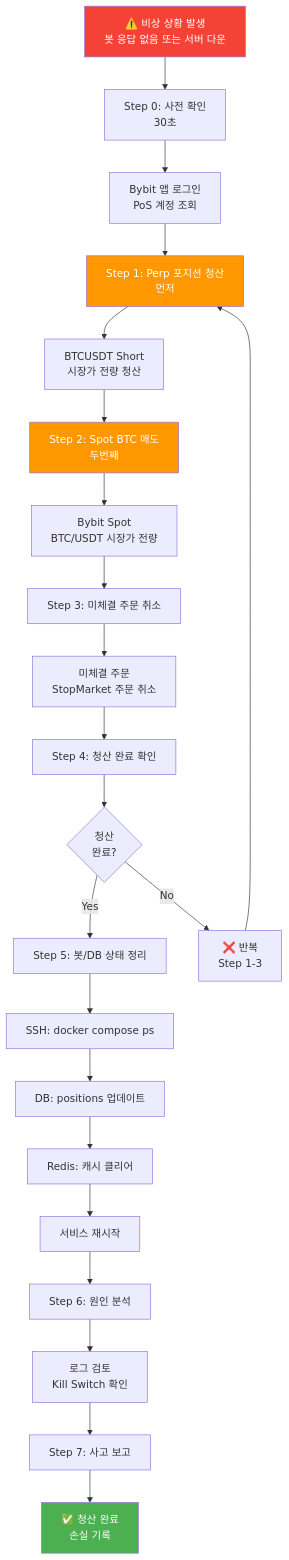
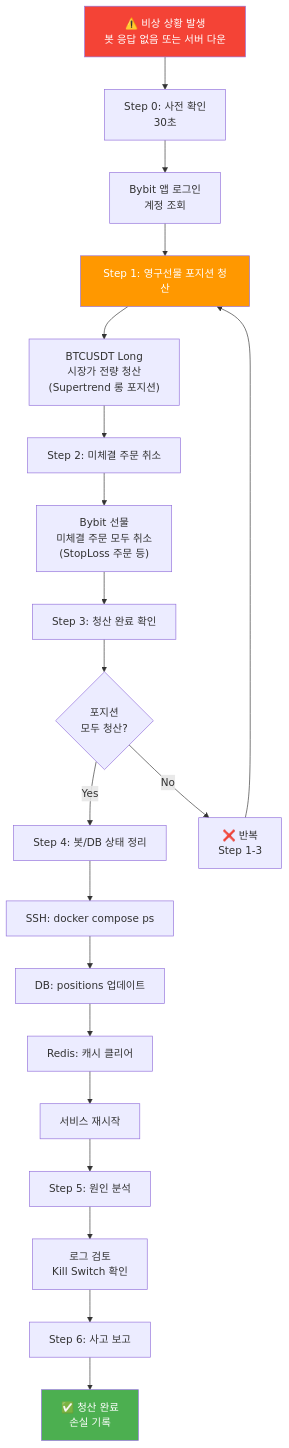
The first of 2 diagrams in docs/policies/emergency-manual-close.md (Justant-source/Bit-Mania), drawn with Mermaid before and after one commit. The commit also changed other lines of this file and 1 other file, not shown here.

First line of the commit message:
docs(policies): 배포·비상 청산 절차 Supertrend 전환

````diff
--- a/docs/policies/emergency-manual-close.md
+++ b/docs/policies/emergency-manual-close.md
@@ -38,30 +38,27 @@
 ```mermaid
 flowchart TD
     A["⚠️ 비상 상황 발생<br>봇 응답 없음 또는 서버 다운"] --> B["Step 0: 사전 확인<br>30초"]
-    B --> C["Bybit 앱 로그인<br>PoS 계정 조회"]
-    C --> D["Step 1: Perp 포지션 청산<br>먼저"]
-    D --> E["BTCUSDT Short<br>시장가 전량 청산"]
-    E --> F["Step 2: Spot BTC 매도<br>두번째"]
-    F --> G["Bybit Spot<br>BTC/USDT 시장가 전량"]
-    G --> H["Step 3: 미체결 주문 취소"]
-    H --> I["미체결 주문<br>StopMarket 주문 취소"]
-    I --> J["Step 4: 청산 완료 확인"]
-    J --> K{청산<br>완료?}
-    K -->|Yes| L["Step 5: 봇/DB 상태 정리"]
-    K -->|No| M["❌ 반복<br>Step 1-3"]
-    L --> N["SSH: docker compose ps"]
-    N --> O["DB: positions 업데이트"]
-    O --> P["Redis: 캐시 클리어"]
-    P --> Q["서비스 재시작"]
-    Q --> R["Step 6: 원인 분석"]
-    R --> S["로그 검토<br>Kill Switch 확인"]
-    S --> T["Step 7: 사고 보고"]
-    T --> U["✅ 청산 완료<br>손실 기록"]
+    B --> C["Bybit 앱 로그인<br>계정 조회"]
+    C --> D["Step 1: 영구선물 포지션 청산"]
+    D --> E["BTCUSDT Long<br>시장가 전량 청산<br>(Supertrend 롱 포지션)"]
+    E --> F["Step 2: 미체결 주문 취소"]
+    F --> G["Bybit 선물<br>미체결 주문 모두 취소<br>(StopLoss 주문 등)"]
+    G --> H["Step 3: 청산 완료 확인"]
+    H --> I{포지션<br>모두 청산?}
+    I -->|Yes| J["Step 4: 봇/DB 상태 정리"]
+    I -->|No| K["❌ 반복<br>Step 1-3"]
+    J --> L["SSH: docker compose ps"]
+    L --> M["DB: positions 업데이트"]
+    M --> N["Redis: 캐시 클리어"]
+    N --> O["서비스 재시작"]
+    O --> P["Step 5: 원인 분석"]
+    P --> Q["로그 검토<br>Kill Switch 확인"]
+    Q --> R["Step 6: 사고 보고"]
+    R --> S["✅ 청산 완료<br>손실 기록"]
     
-    M --> D
+    K --> D
     
-    style U fill:#4caf50,color:#fff
+    style S fill:#4caf50,color:#fff
     style A fill:#f44336,color:#fff
     style D fill:#ff9800,color:#fff
-    style F fill:#ff9800,color:#fff
 ```
````
